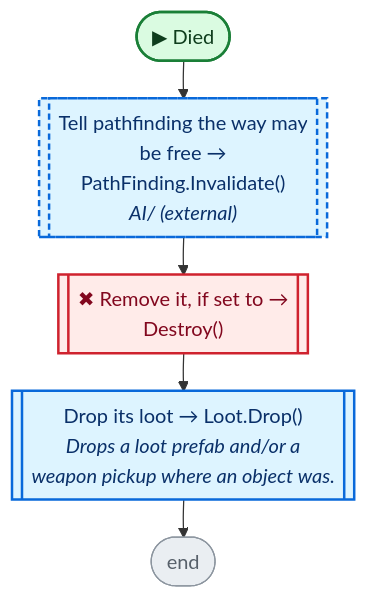
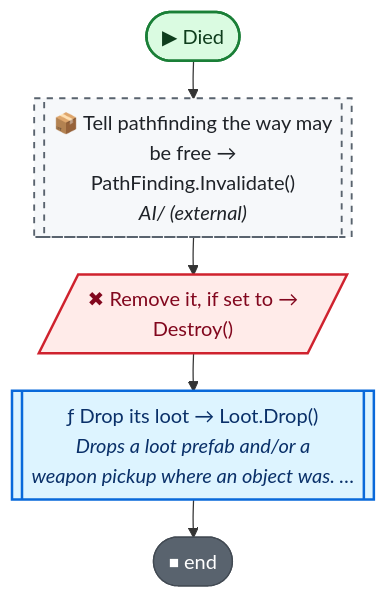
Before and after one commit to nataiai/Lord-of-the-Dungeon: the second of 3 diagrams in CodeGraph~/graph/DestructableObj.cs.md, drawn with Mermaid. The commit also changed other lines of this file and 57 other files, not shown here.

````diff
--- a/CodeGraph~/graph/DestructableObj.cs.md
+++ b/CodeGraph~/graph/DestructableObj.cs.md
@@ -50,38 +52,38 @@
 ```mermaid
 ---
 config:
   flowchart:
     wrappingWidth: 260
     nodeSpacing: 26
     rankSpacing: 30
 ---
 flowchart TD
   nS(["▶ Died"])
-  nd2f86b[["Tell pathfinding the way may<br>be free →<br>PathFinding.Invalidate()<br><i>AI/ (external)</i>"]]
-  na87e77[["✖ Remove it, if set to →<br>Destroy()"]]
-  nea5049[["Drop its loot → Loot.Drop()<br><i>Drops a loot prefab and/or a</i><br><i>weapon pickup where an object was.</i>"]]
-  nE(["end"])
+  nd2f86b[["📦 Tell pathfinding the way may<br>be free →<br>PathFinding.Invalidate()<br><i>AI/ (external)</i>"]]
+  na87e77[/"✖ Remove it, if set to →<br>Destroy()"/]
+  nea5049[["ƒ Drop its loot → Loot.Drop()<br><i>Drops a loot prefab and/or a</i><br><i>weapon pickup where an object was. …</i>"]]
+  nE(["⏹ end"])
   nS --> nd2f86b
   nd2f86b --> na87e77
   na87e77 --> nea5049
   nea5049 --> nE
   classDef unity fill:#dafbe1,stroke:#1a7f37,stroke-width:2px,color:#0f3d1d
   classDef start fill:#dafbe1,stroke:#1a7f37,stroke-width:2px,color:#0f3d1d
-  classDef calc fill:#ffffff,stroke:#d0d7de,color:#57606a
+  classDef calc fill:#f6f8fa,stroke:#d1d9e0,color:#59636e
   classDef calls fill:#ddf4ff,stroke:#0969da,stroke-width:2px,color:#0a3069
-  classDef ext fill:#ddf4ff,stroke:#0969da,stroke-width:2px,stroke-dasharray:5 3,color:#0a3069
-  classDef cond fill:#fff8c5,stroke:#bf8700,stroke-width:1.5px,color:#3d2a00
-  classDef loop fill:#f6f8fa,stroke:#57606a,color:#1f2328
-  classDef exit fill:#ffebe9,stroke:#cf222e,color:#82071e
+  classDef ext fill:#f6f8fa,stroke:#59636e,stroke-width:1.5px,stroke-dasharray:5 5,color:#1f2328
+  classDef cond fill:#fff8c5,stroke:#9a6700,stroke-width:1.5px,color:#3d2a00
+  classDef loop fill:#fff8c5,stroke:#9a6700,color:#3d2a00
+  classDef wait fill:#fff8c5,stroke:#9a6700,color:#3d2a00
+  classDef exit fill:#59636e,stroke:#424a53,color:#ffffff
+  classDef fin fill:#59636e,stroke:#424a53,color:#ffffff
+  classDef act fill:#ffffff,stroke:#59636e,stroke-width:1.5px,color:#1f2328
   classDef kill fill:#ffebe9,stroke:#cf222e,stroke-width:2px,color:#82071e
-  classDef spawn fill:#dafbe1,stroke:#1a7f37,stroke-width:2px,color:#0f3d1d
-  classDef wait fill:#fff1e5,stroke:#bc4c00,color:#4d1d00
-  classDef fin fill:#eaeef2,stroke:#8c959f,color:#57606a
   classDef join fill:#d0d7de,stroke:#8c959f,color:#57606a
   classDef ghdr fill:#f5f9ff,stroke:#f5f9ff,color:#0a3069,font-weight:bold
   class nea5049 calls
   class nd2f86b ext
   class nE fin
   class na87e77 kill
   class nS start
 ```
````
